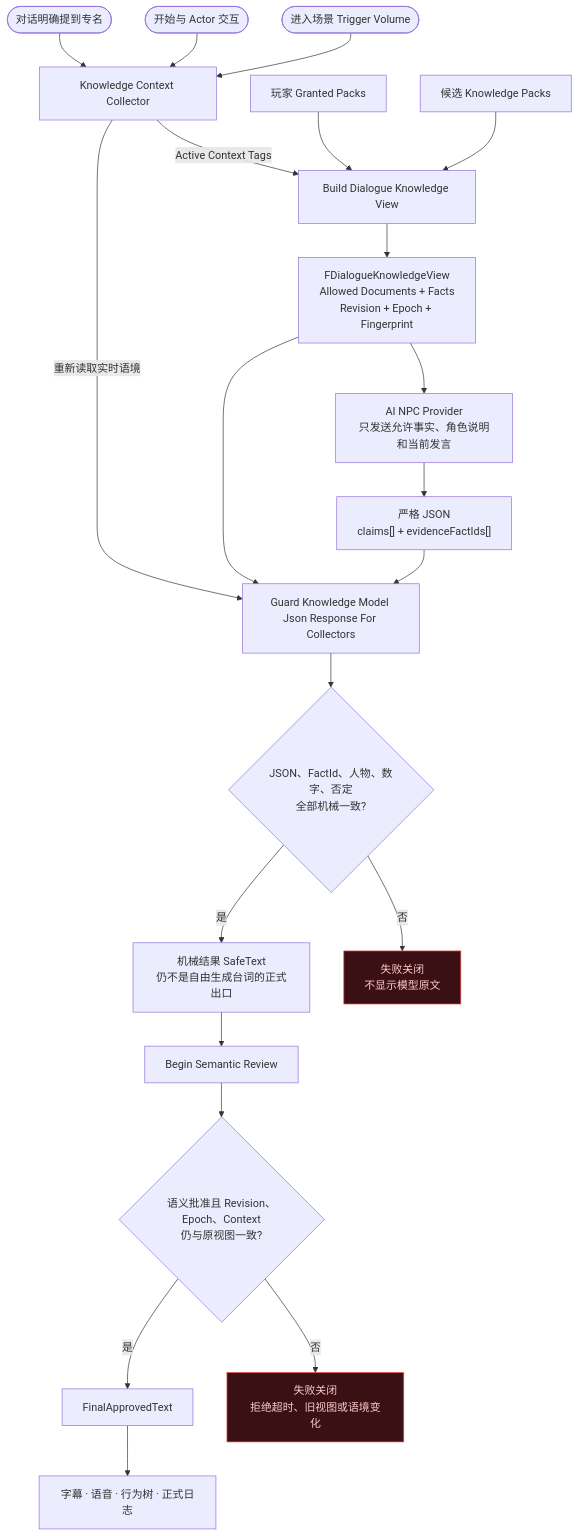
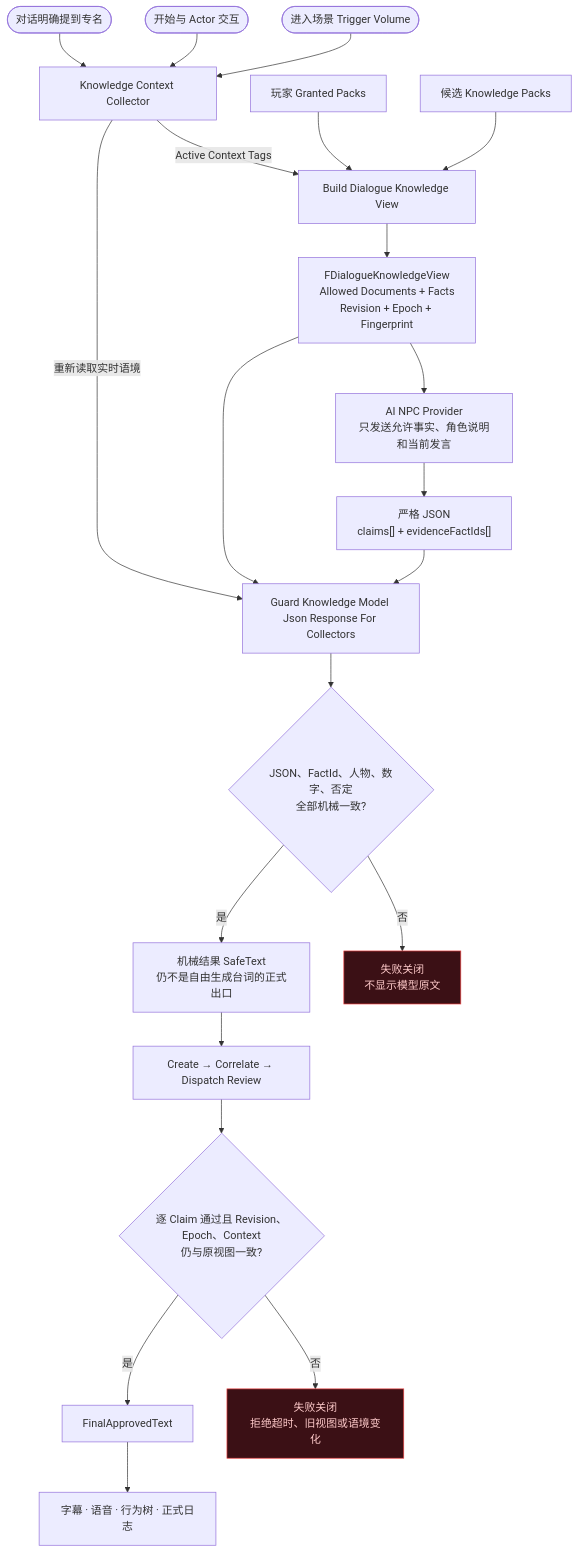
Before and after one commit to xunyv111/MyAiTownKnowledgeGrant: the fourth of 5 diagrams in README.md, drawn with Mermaid. The commit also changed other lines of this file and 14 other files, not shown here.

First line of the commit message:
fix: remove semantic review dispatch race and hash-based input reuse

````diff
--- a/README.md
+++ b/README.md
@@ -143,32 +143,32 @@
 ```mermaid
 flowchart TD
     S1(["进入场景 Trigger Volume"]) --> C["Knowledge Context Collector"]
     S2(["开始与 Actor 交互"]) --> C
     S3(["对话明确提到专名"]) --> C
 
     G["玩家 Granted Packs"] --> V["Build Dialogue Knowledge View"]
     C -- "Active Context Tags" --> V
     P["候选 Knowledge Packs"] --> V
 
     V --> VIEW["FDialogueKnowledgeView<br/>Allowed Documents + Facts<br/>Revision + Epoch + Fingerprint"]
     VIEW --> M["AI NPC Provider<br/>只发送允许事实、角色说明和当前发言"]
     M --> JSON["严格 JSON<br/>claims[] + evidenceFactIds[]"]
 
     JSON --> GUARD["Guard Knowledge Model Json Response For Collectors"]
     VIEW --> GUARD
     C -- "重新读取实时语境" --> GUARD
 
     GUARD --> M1{"JSON、FactId、人物、数字、否定<br/>全部机械一致?"}
     M1 -- "否" --> F1["失败关闭<br/>不显示模型原文"]
     M1 -- "是" --> SAFE["机械结果 SafeText<br/>仍不是自由生成台词的正式出口"]
 
-    SAFE --> REVIEW["Begin Semantic Review"]
-    REVIEW --> M2{"语义批准且 Revision、Epoch、Context<br/>仍与原视图一致?"}
+    SAFE --> REVIEW["Create → Correlate → Dispatch Review"]
+    REVIEW --> M2{"逐 Claim 通过且 Revision、Epoch、Context<br/>仍与原视图一致?"}
     M2 -- "否" --> F2["失败关闭<br/>拒绝超时、旧视图或语境变化"]
     M2 -- "是" --> FINAL["FinalApprovedText"]
 
     FINAL --> OUT["字幕 · 语音 · 行为树 · 正式日志"]
 
     classDef fail fill:#3b1015,stroke:#ef4444,color:#fecaca;
     class F1,F2 fail;
 ```
````
